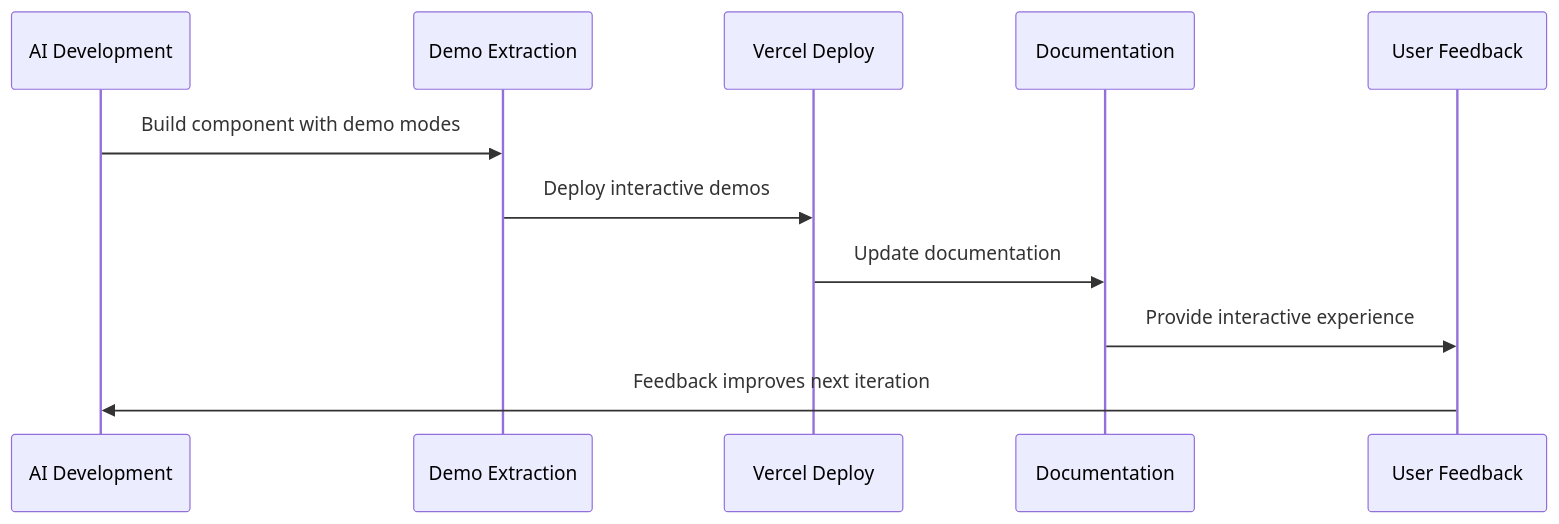
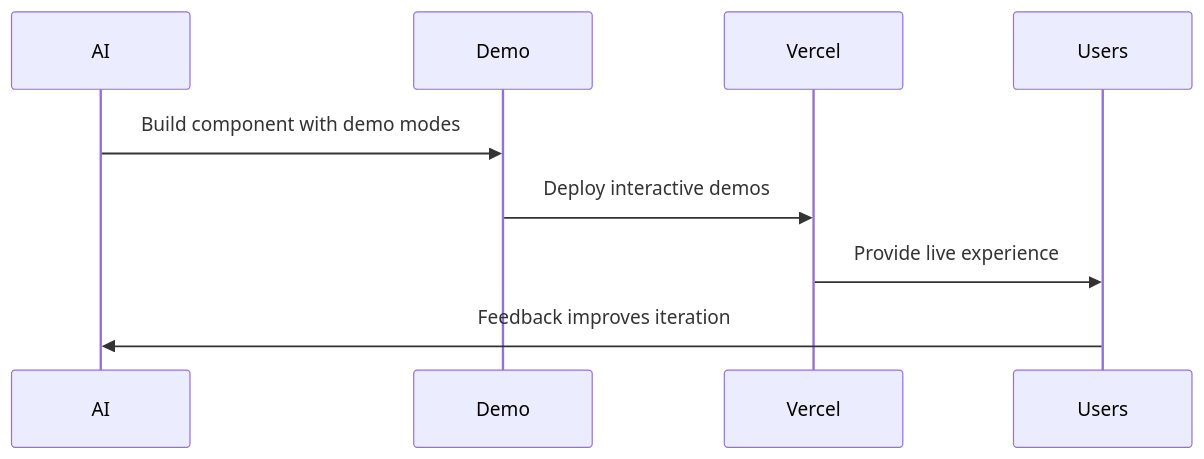
One commit to boost-edu-tools/gitinspectorgui changed the second of 2 diagrams in docs/development/design-system-integration.md. Above: the diagram before and after it, drawn with Mermaid. The commit also changed other lines of this file and 11 other files, not shown here.

````diff
--- a/docs/development/design-system-integration.md
+++ b/docs/development/design-system-integration.md
@@ -87,14 +115,7 @@
 ```mermaid
 sequenceDiagram
-    participant AI as AI Development
-    participant Demo as Demo Extraction
-    participant Vercel as Vercel Deploy
-    participant Docs as Documentation
-    participant Users as User Feedback
-
     AI->>Demo: Build component with demo modes
     Demo->>Vercel: Deploy interactive demos
-    Vercel->>Docs: Update documentation
-    Docs->>Users: Provide interactive experience
-    Users->>AI: Feedback improves next iteration
+    Vercel->>Users: Provide live experience
+    Users->>AI: Feedback improves iteration
 ```
````
